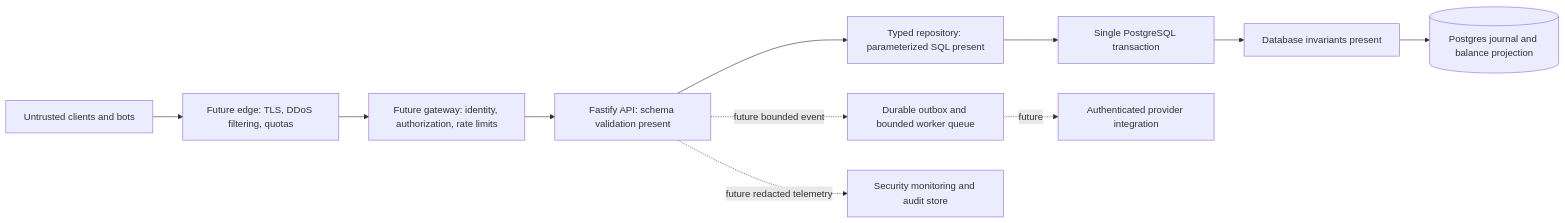
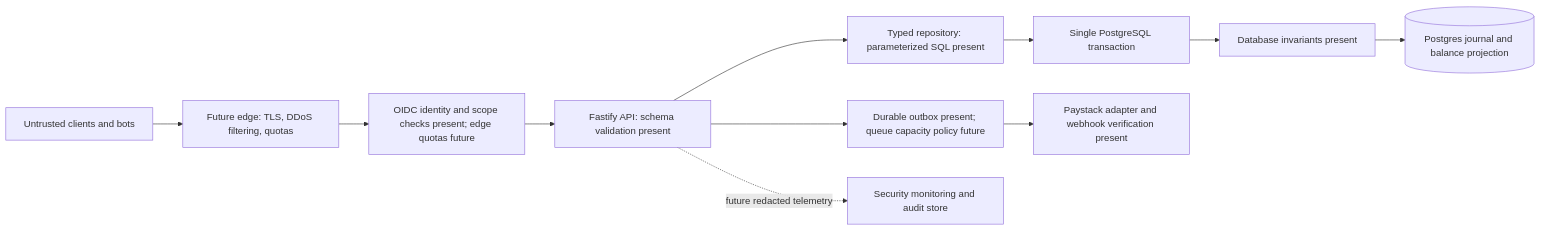
One commit to CodexEmmzy/OpenLedger changed the first of 7 diagrams in docs/security.md. Above: the diagram before and after it, drawn with Mermaid. The commit also changed other lines of this file and 13 other files, not shown here.

Commit message:
feat: enhance Paystack integration with webhook handling, update authorization URL validation, and improve security measures

````diff
--- a/docs/security.md
+++ b/docs/security.md
@@ -32,13 +32,13 @@
 ```mermaid
 flowchart LR
     attacker[Untrusted clients and bots] --> edge[Future edge: TLS, DDoS filtering, quotas]
-    edge --> gateway[Future gateway: identity, authorization, rate limits]
+    edge --> gateway[OIDC identity and scope checks present; edge quotas future]
     gateway --> api[Fastify API: schema validation present]
     api --> repo[Typed repository: parameterized SQL present]
     repo --> tx[Single PostgreSQL transaction]
     tx --> constraints[Database invariants present]
     constraints --> ledger[(Postgres journal and balance projection)]
-    api -. future bounded event .-> queue[Durable outbox and bounded worker queue]
-    queue -. future .-> provider[Authenticated provider integration]
+    api --> queue[Durable outbox present; queue capacity policy future]
+    queue --> provider[Paystack adapter and webhook verification present]
     api -. future redacted telemetry .-> audit[Security monitoring and audit store]
 ```
````
